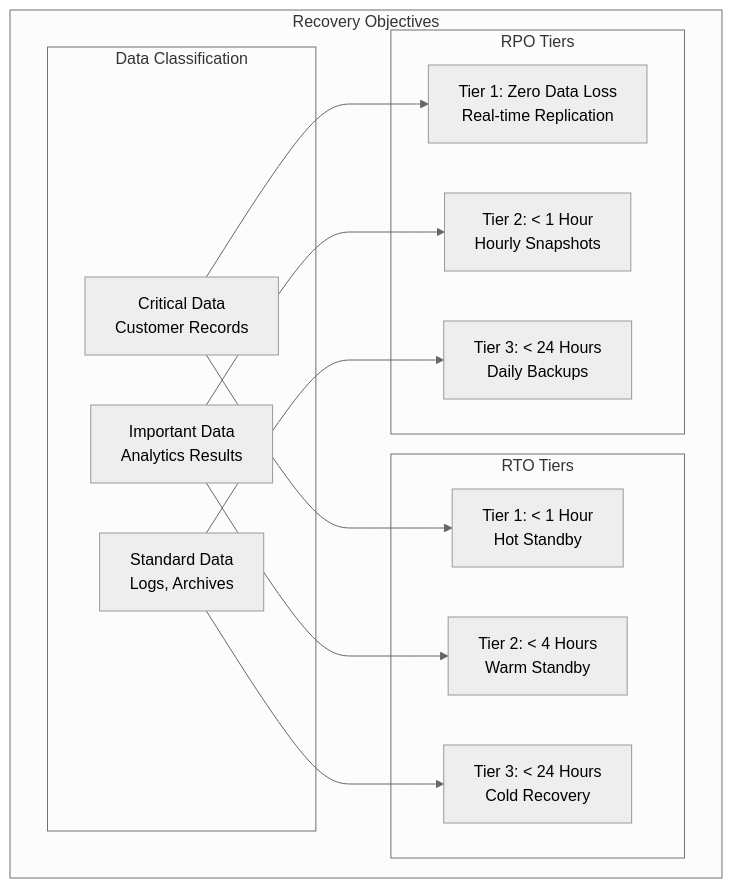
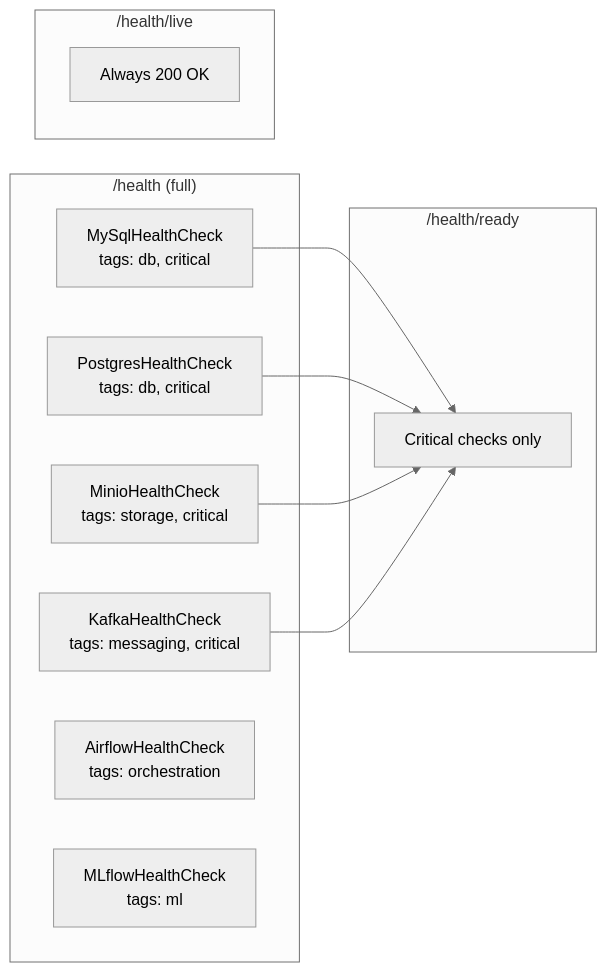
Before and after one commit to sherwin-casem/Sherwin-E2E-Data-Platform: the seventh of 10 diagrams in ARCHITECTURE.md, drawn with Mermaid (neutral theme). The commit also changed other lines of this file and 138 other files, not shown here.

````diff
--- a/ARCHITECTURE.md
+++ b/ARCHITECTURE.md
@@ -933,31 +443,23 @@
 ```mermaid
-graph TB
-    subgraph "Recovery Objectives"
-        subgraph "RPO Tiers"
-            RPO1[Tier 1: Zero Data Loss<br/>Real-time Replication]
-            RPO2[Tier 2: < 1 Hour<br/>Hourly Snapshots]
-            RPO3[Tier 3: < 24 Hours<br/>Daily Backups]
-        end
-
-        subgraph "RTO Tiers"
-            RTO1[Tier 1: < 1 Hour<br/>Hot Standby]
-            RTO2[Tier 2: < 4 Hours<br/>Warm Standby]
-            RTO3[Tier 3: < 24 Hours<br/>Cold Recovery]
-        end
-
-        subgraph "Data Classification"
-            CRITICAL[Critical Data<br/>Customer Records]
-            IMPORTANT[Important Data<br/>Analytics Results]
-            STANDARD[Standard Data<br/>Logs, Archives]
-        end
+graph LR
+    subgraph "/health (full)"
+        H1[MySqlHealthCheck<br/>tags: db, critical]
+        H2[PostgresHealthCheck<br/>tags: db, critical]
+        H3[MinioHealthCheck<br/>tags: storage, critical]
+        H4[KafkaHealthCheck<br/>tags: messaging, critical]
+        H5[AirflowHealthCheck<br/>tags: orchestration]
+        H6[MLflowHealthCheck<br/>tags: ml]
     end
 
-    CRITICAL --> RPO1
-    CRITICAL --> RTO1
+    subgraph "/health/ready"
+        R[Critical checks only]
+        H1 --> R
+        H2 --> R
+        H3 --> R
+        H4 --> R
+    end
 
-    IMPORTANT --> RPO2
-    IMPORTANT --> RTO2
-
-    STANDARD --> RPO3
-    STANDARD --> RTO3
+    subgraph "/health/live"
+        L[Always 200 OK]
+    end
 ```
````
